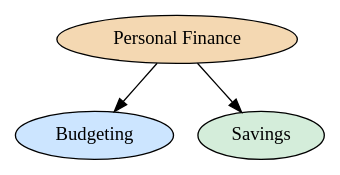
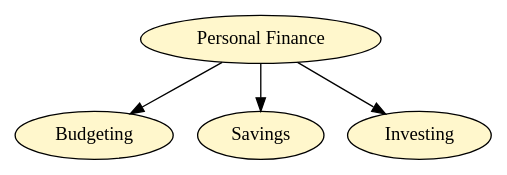
The diagram in generatedGraphs/dot/personal_finance.dot (alexis-vo/mmap-finance), drawn with Graphviz before and after one commit. The commit also changed 21 other files, not shown here.

```diff
--- a/generatedGraphs/dot/personal_finance.dot
+++ b/generatedGraphs/dot/personal_finance.dot
@@ -1,9 +1,11 @@
 // personal_finance
 digraph {
 	rankdir=TB
-	root [label="Personal Finance" fillcolor="#f4d8b2" style=filled]
-	B [label=Budgeting fillcolor="#cce5ff" style=filled]
+	root [label="Personal Finance" fillcolor="#FFF7CC" style=filled]
+	B [label=Budgeting fillcolor="#FFF7CC" style=filled]
 	root -> B
-	S [label=Savings fillcolor="#d4edda" style=filled]
+	S [label=Savings fillcolor="#FFF7CC" style=filled]
 	root -> S
+	I [label=Investing fillcolor="#FFF7CC" style=filled]
+	root -> I
 }
```
